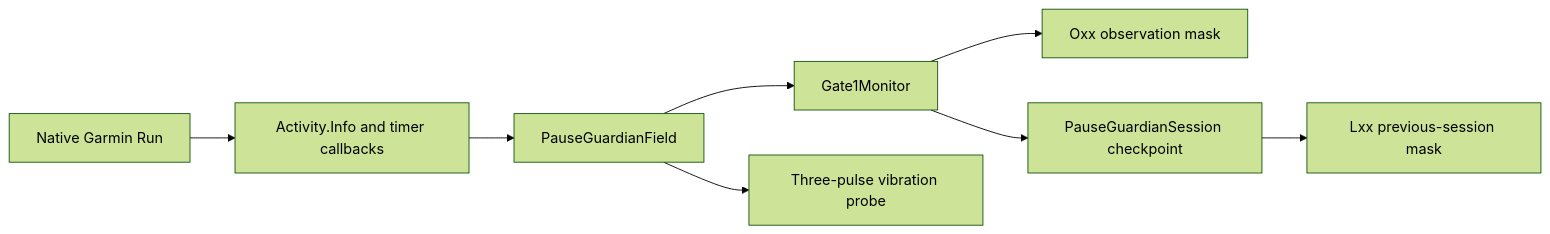
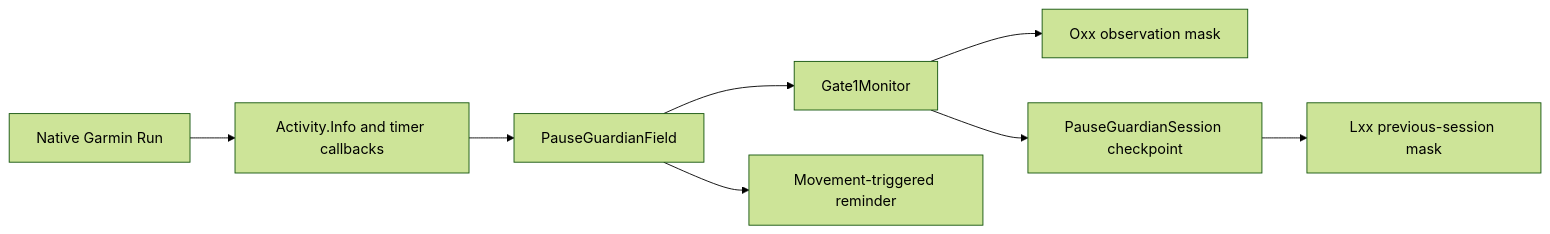
Before and after one commit to PawanPatil19/pause-guardian: the diagram in docs/ARCHITECTURE.md, drawn with Mermaid (forest theme). The commit also changed other lines of this file and 10 other files, not shown here.

````diff
--- a/docs/ARCHITECTURE.md
+++ b/docs/ARCHITECTURE.md
@@ -7,10 +7,10 @@
 ```mermaid
 flowchart LR
     A["Native Garmin Run"] --> B["Activity.Info and timer callbacks"]
     B --> C["PauseGuardianField"]
     C --> D["Gate1Monitor"]
-    C --> E["Three-pulse vibration probe"]
+    C --> E["Movement-triggered reminder"]
     D --> F["Oxx observation mask"]
     D --> G["PauseGuardianSession checkpoint"]
     G --> H["Lxx previous-session mask"]
 ```
````
